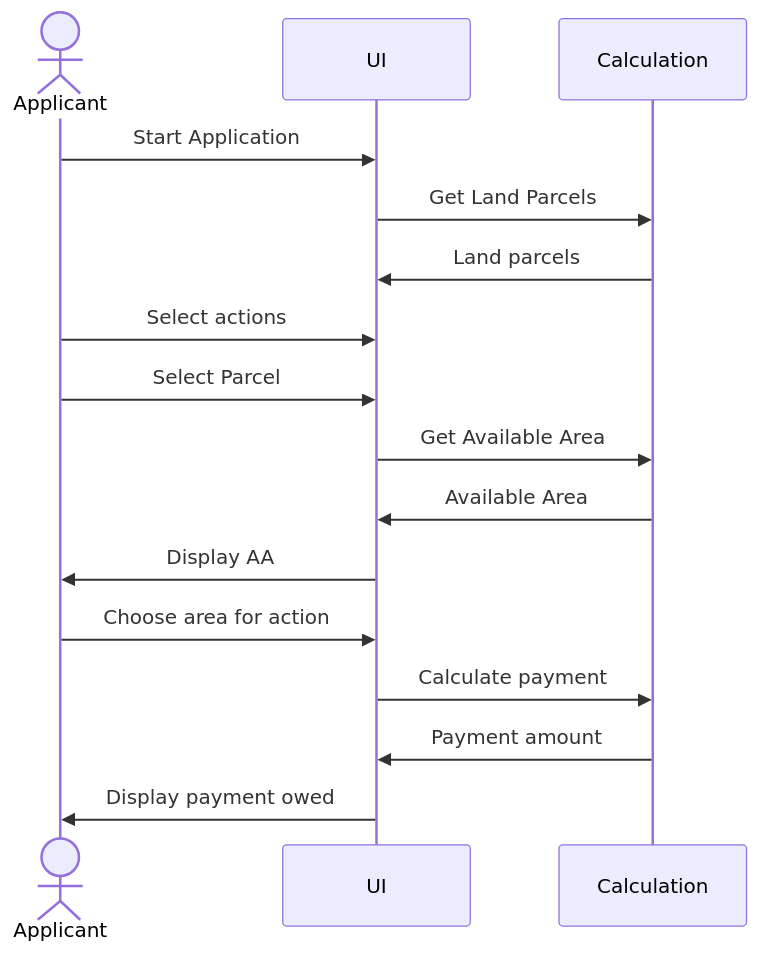
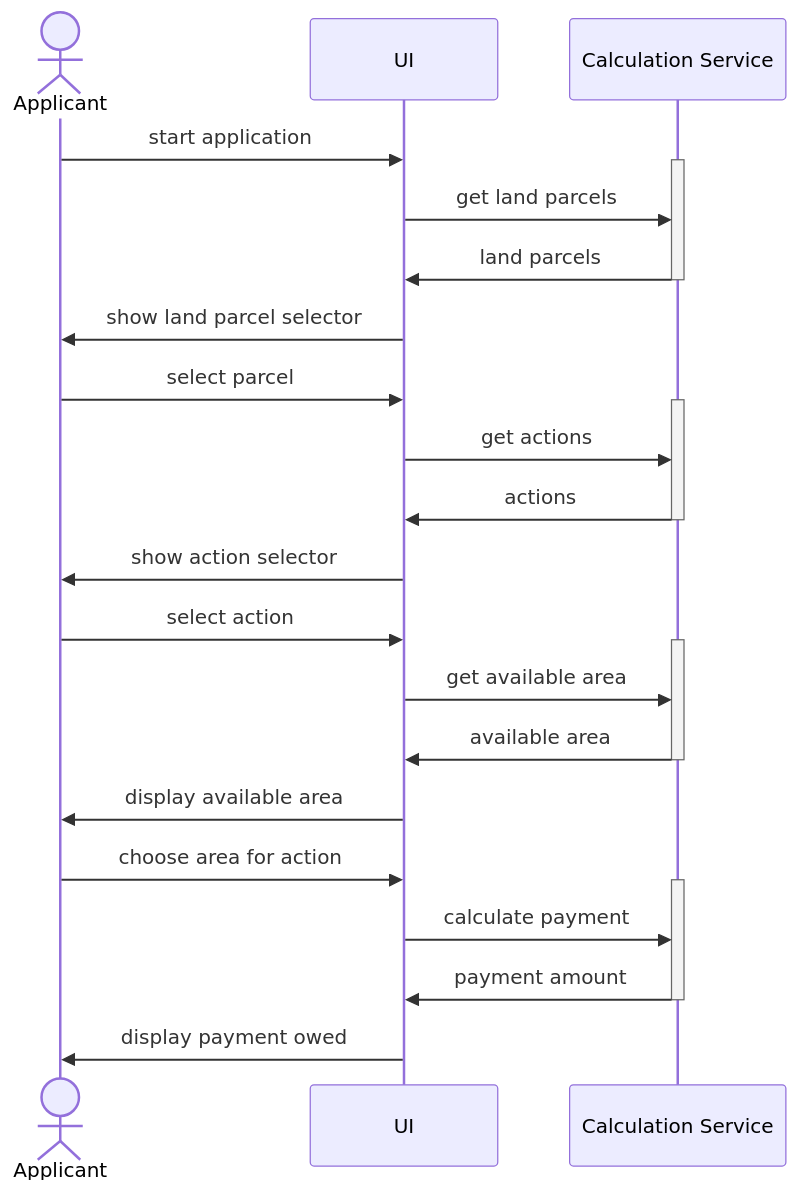
One commit to DEFRA/ffc-rps-scratchpad changed the fourth of 4 diagrams in architecture.md. Above: the diagram before and after it, drawn with Mermaid. The commit also changed other lines of this file, not shown here.

Commit message:
sequence diagram tidy up

````diff
--- a/architecture.md
+++ b/architecture.md
@@ -75,17 +72,39 @@
 ```mermaid
 sequenceDiagram
-actor Applicant
+actor applicant as Applicant
+participant ui as UI
+participant calculation as Calculation Service
 
-Applicant->>UI: Start Application
-UI->>Calculation: Get Land Parcels
-Calculation->>UI: Land parcels
-Applicant->>UI: Select actions
-Applicant->>UI: Select Parcel
-UI->>Calculation: Get Available Area
-Calculation->>UI: Available Area
-UI->>Applicant: Display AA
-Applicant->>UI: Choose area for action
-UI->>Calculation: Calculate payment 
-Calculation->>UI: Payment amount
-UI->>Applicant: Display payment owed
+applicant->>ui: start application
+
+activate calculation
+ui->>calculation: get land parcels
+calculation->>ui: land parcels
+deactivate calculation
+
+ui->>applicant: show land parcel selector
+applicant->>ui: select parcel
+
+activate calculation
+ui->>calculation: get actions
+calculation->>ui: actions
+deactivate calculation
+
+ui->>applicant: show action selector
+applicant->>ui: select action
+
+activate calculation
+ui->>calculation: get available area
+calculation->>ui: available area
+deactivate calculation
+
+ui->>applicant: display available area
+applicant->>ui: choose area for action
+
+activate calculation
+ui->>calculation: calculate payment 
+calculation->>ui: payment amount
+deactivate calculation
+
+ui->>applicant: display payment owed
 ```
````
